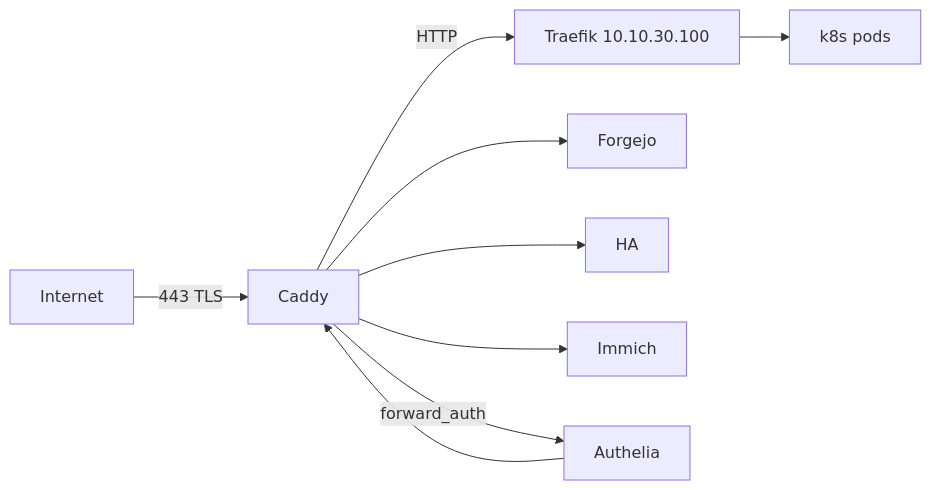
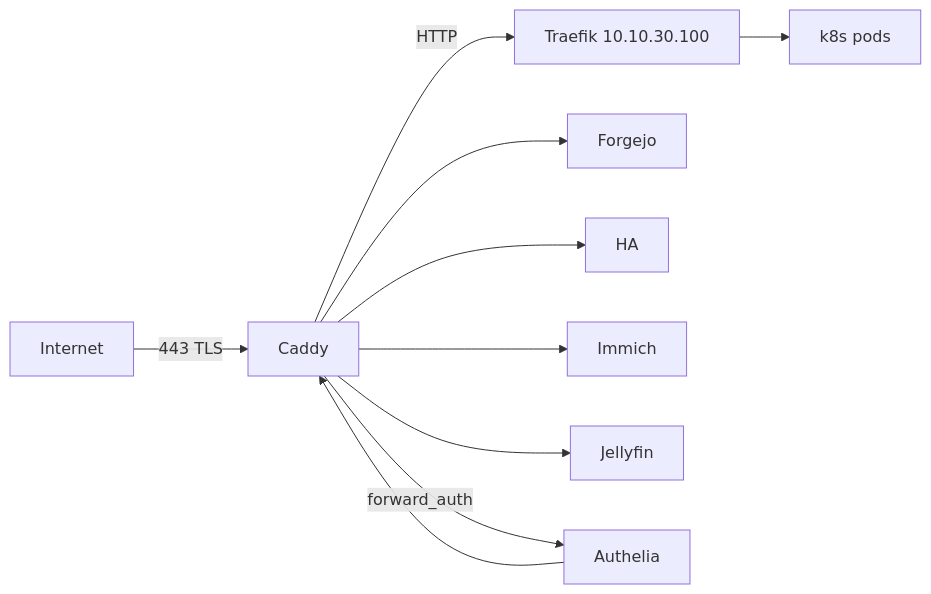
One commit to sknutsen/network changed the fourth of 4 diagrams in docs/architecture.md. Above: the diagram before and after it, drawn with Mermaid. The commit also changed other lines of this file and 24 other files, not shown here.

````diff
--- a/docs/architecture.md
+++ b/docs/architecture.md
@@ -119,11 +121,12 @@
 ```mermaid
 flowchart LR
   Internet -->|443 TLS| Caddy
   Caddy -->|HTTP| TraefikLB[Traefik 10.10.30.100]
   Caddy --> Forgejo
   Caddy --> HA
   Caddy --> Immich
+  Caddy --> Jellyfin
   Caddy -->|forward_auth| Authelia
   Authelia --> Caddy
   TraefikLB --> Pods[k8s pods]
 ```
````
